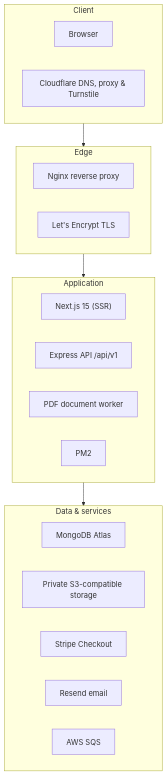
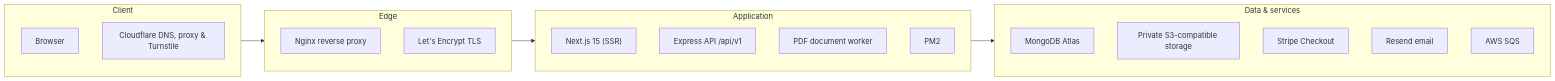
One commit to shairalidev/cover-me-lien-services-showcase changed the diagram in README.md. Above: the diagram before and after it, drawn with Mermaid.

Commit message:
Architecture diagram: left-to-right layout
Claude-Session: https://claude.ai/code/session_01PoyhmCFhQ1BNX9uNRam8No

````diff
--- a/README.md
+++ b/README.md
@@ -76,31 +76,31 @@
 ```mermaid
-flowchart TB
+flowchart LR
   subgraph L0["Client"]
-    direction LR
+    direction TB
     L0_0["Browser"]
     L0_1["Cloudflare DNS, proxy & Turnstile"]
   end
   subgraph L1["Edge"]
-    direction LR
+    direction TB
     L1_0["Nginx reverse proxy"]
     L1_1["Let's Encrypt TLS"]
   end
   subgraph L2["Application"]
-    direction LR
+    direction TB
     L2_0["Next.js 15 (SSR)"]
     L2_1["Express API /api/v1"]
     L2_2["PDF document worker"]
     L2_3["PM2"]
   end
   subgraph L3["Data & services"]
-    direction LR
+    direction TB
     L3_0["MongoDB Atlas"]
     L3_1["Private S3-compatible storage"]
     L3_2["Stripe Checkout"]
     L3_3["Resend email"]
     L3_4["AWS SQS"]
   end
   L0 --> L1
   L1 --> L2
   L2 --> L3
 ```
````
